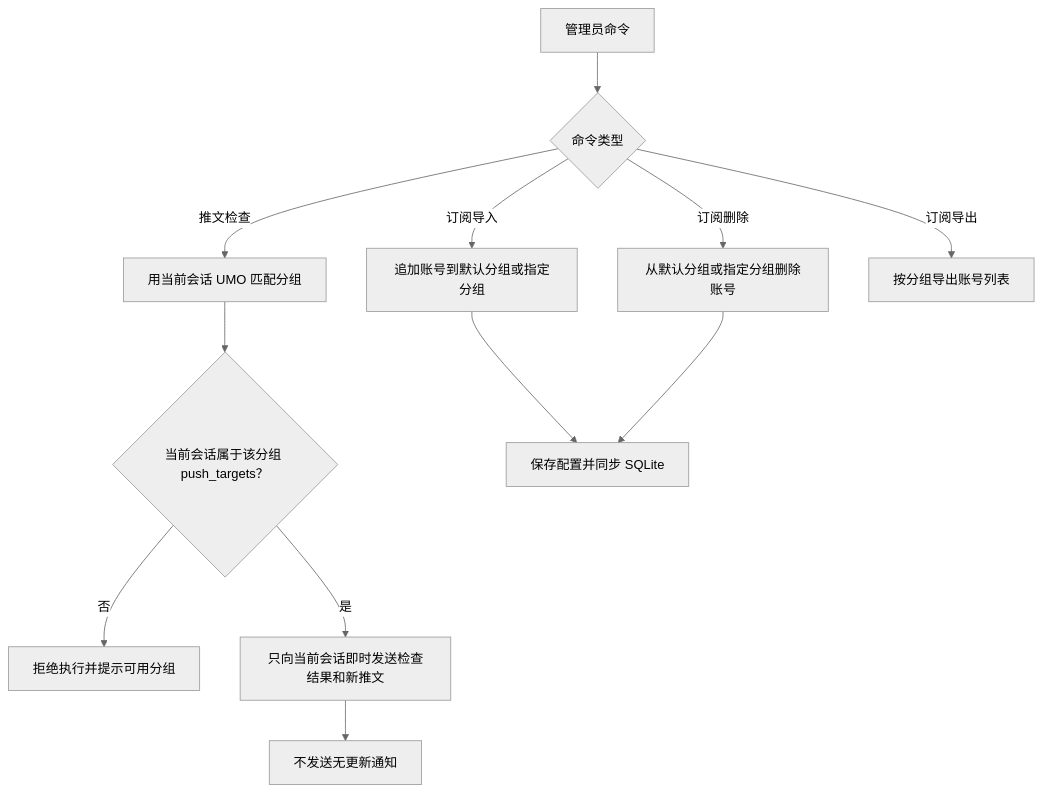
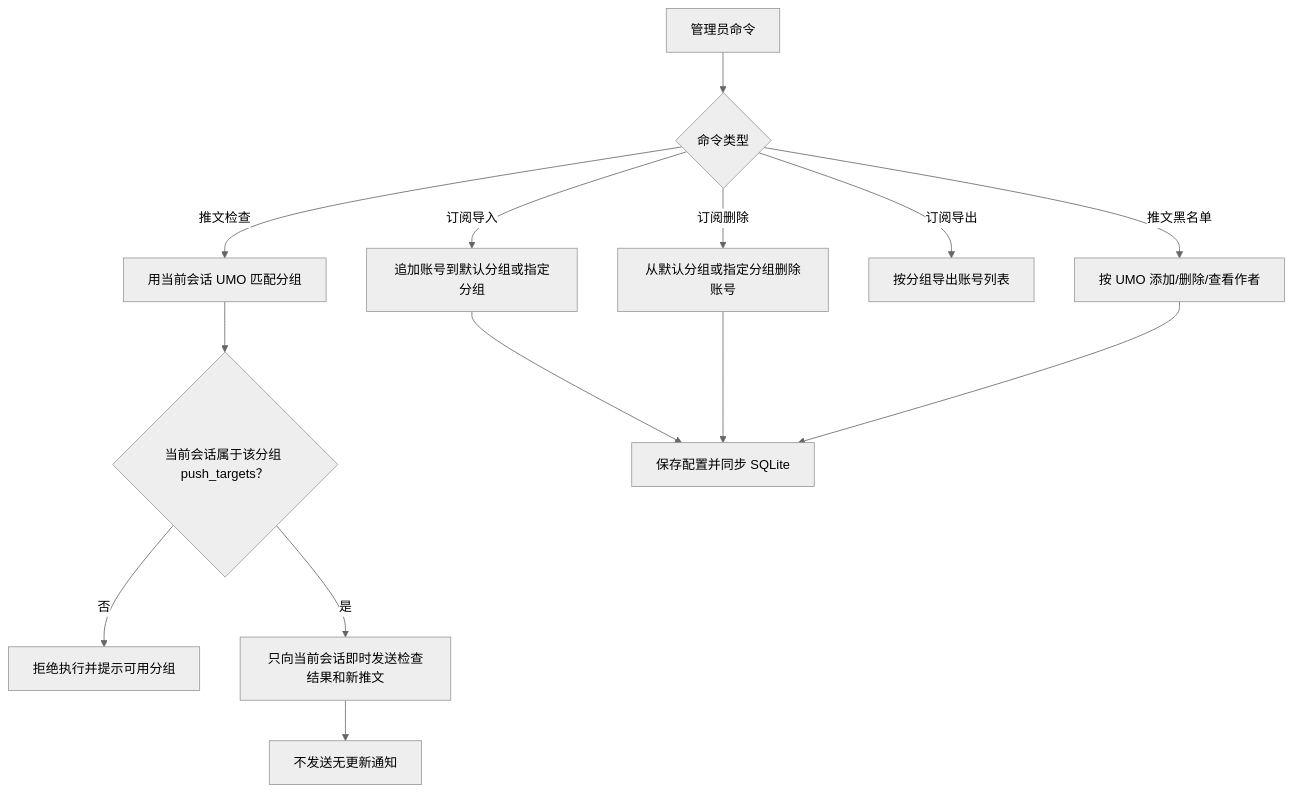
The third of 3 diagrams in docs/advanced.md (shitianyaa/astrbot_plugin_nitter_tweets), drawn with Mermaid (neutral theme) before and after one commit. The commit also changed other lines of this file and 22 other files, not shown here.

````diff
--- a/docs/advanced.md
+++ b/docs/advanced.md
@@ -69,14 +69,16 @@
 ```mermaid
 flowchart TD
     A["管理员命令"] --> B{"命令类型"}
     B -->|推文检查| C["用当前会话 UMO 匹配分组"]
     C --> D{"当前会话属于该分组 push_targets？"}
     D -->|否| E["拒绝执行并提示可用分组"]
     D -->|是| F["只向当前会话即时发送检查结果和新推文"]
     F --> G["不发送无更新通知"]
     B -->|订阅导入| H["追加账号到默认分组或指定分组"]
     B -->|订阅删除| I["从默认分组或指定分组删除账号"]
     B -->|订阅导出| J["按分组导出账号列表"]
+    B -->|推文黑名单| L["按 UMO 添加/删除/查看作者"]
     H --> K["保存配置并同步 SQLite"]
     I --> K
+    L --> K
 ```
````
